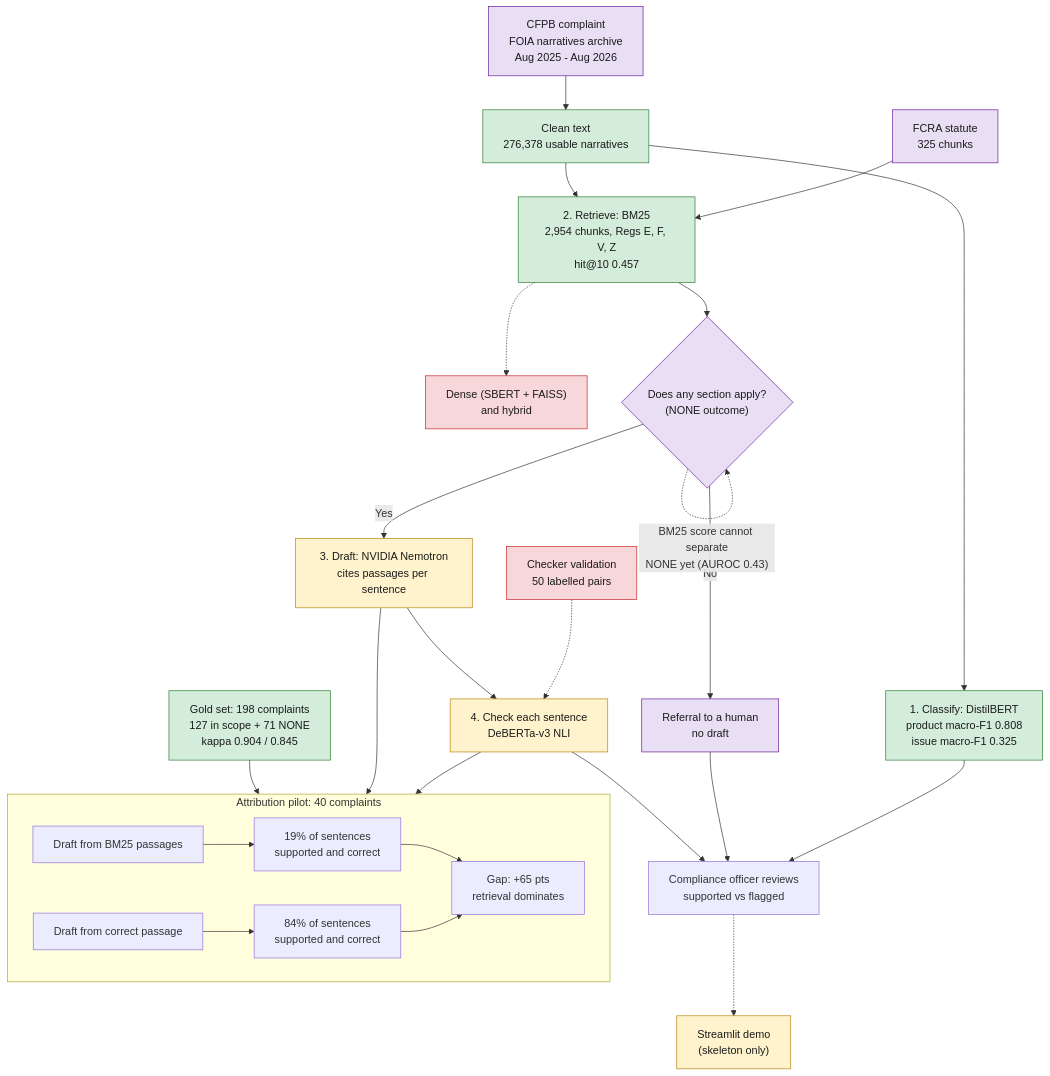
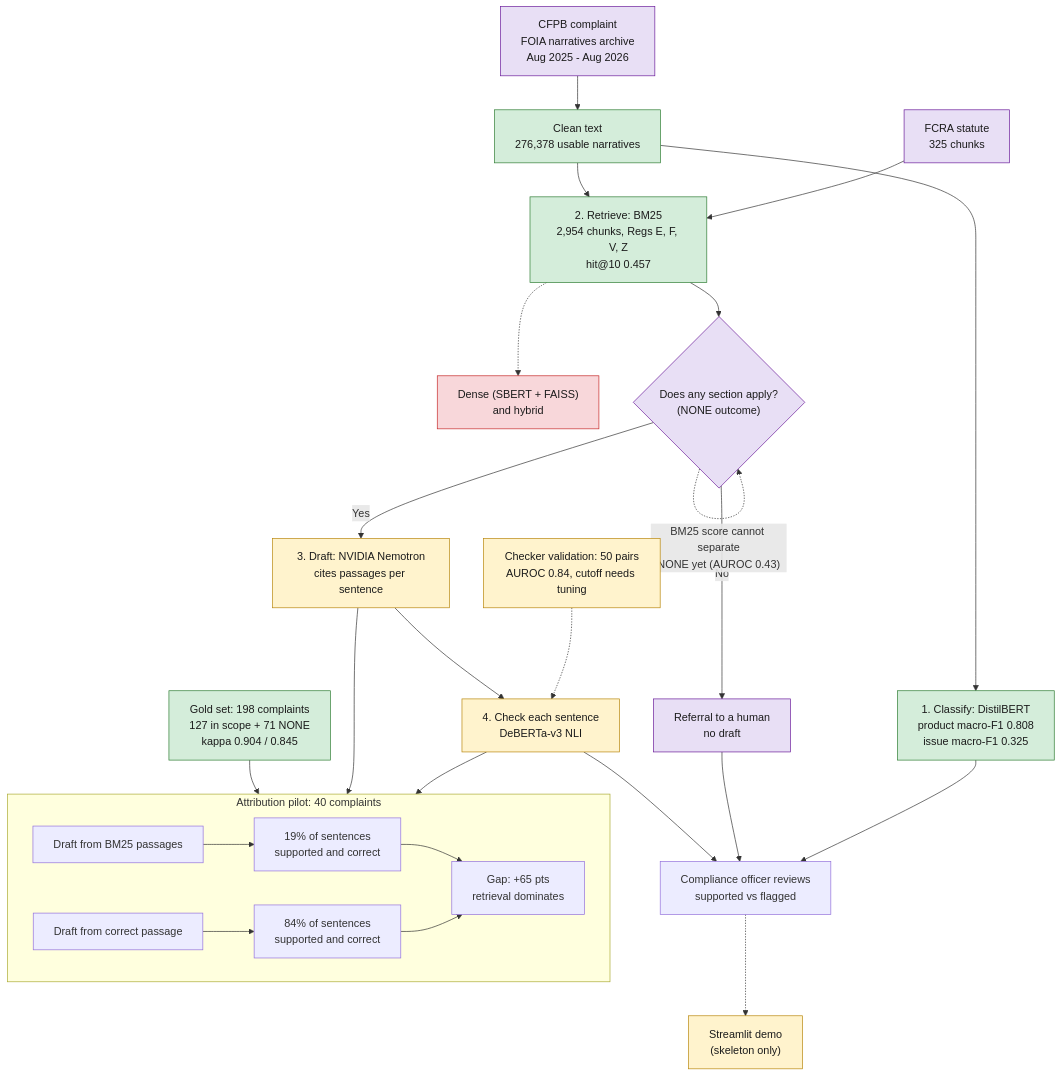
One commit to Aditya-Datar/cfpb-grounded-rag changed the second of 2 diagrams in PROJECT_DOCUMENTATION.md. Above: the diagram before and after it, drawn with Mermaid. The commit also changed other lines of this file, not shown here.

Commit message:
Add checker validation results and human-label cross-check

````diff
--- a/PROJECT_DOCUMENTATION.md
+++ b/PROJECT_DOCUMENTATION.md
@@ -45,32 +45,32 @@
 ```mermaid
 flowchart TD
     A["CFPB complaint<br/>FOIA narratives archive<br/>Aug 2025 - Aug 2026"]:::added --> B["Clean text<br/>276,378 usable narratives"]:::done
     B --> C["1. Classify: DistilBERT<br/>product macro-F1 0.808<br/>issue macro-F1 0.325"]:::done
     B --> D["2. Retrieve: BM25<br/>2,954 chunks, Regs E, F, V, Z<br/>hit@10 0.457"]:::done
     D -.-> D3["Dense (SBERT + FAISS)<br/>and hybrid"]:::todo
     D --> E{"Does any section apply?<br/>(NONE outcome)"}:::added
     E -- "No" --> F["Referral to a human<br/>no draft"]:::added
     E -- "Yes" --> G["3. Draft: NVIDIA Nemotron<br/>cites passages per sentence"]:::partial
     G --> H["4. Check each sentence<br/>DeBERTa-v3 NLI"]:::partial
     H --> R["Compliance officer reviews<br/>supported vs flagged"]
     F --> R
     C --> R
     R -.-> UI["Streamlit demo<br/>(skeleton only)"]:::partial
     FC["FCRA statute<br/>325 chunks"]:::added --> D
     GOLD["Gold set: 198 complaints<br/>127 in scope + 71 NONE<br/>kappa 0.904 / 0.845"]:::done --> EXP
     subgraph EXP["Attribution pilot: 40 complaints"]
         X1["Draft from BM25 passages"] --> X1R["19% of sentences<br/>supported and correct"]
         X2["Draft from correct passage"] --> X2R["84% of sentences<br/>supported and correct"]
         X1R --> X3["Gap: +65 pts<br/>retrieval dominates"]
         X2R --> X3
     end
     G --> EXP
     H --> EXP
-    V["Checker validation<br/>50 labelled pairs"]:::todo -.-> H
+    V["Checker validation: 50 pairs<br/>AUROC 0.84, cutoff needs tuning"]:::partial -.-> H
     E -. "BM25 score cannot separate<br/>NONE yet (AUROC 0.43)" .-> E
 
     classDef done fill:#d4edda,stroke:#2e7d32,color:#1b1b1b
     classDef partial fill:#fff3cd,stroke:#b8860b,color:#1b1b1b
     classDef todo fill:#f8d7da,stroke:#c62828,color:#1b1b1b
     classDef added fill:#e8dff5,stroke:#6a1b9a,color:#1b1b1b
 ```
````
